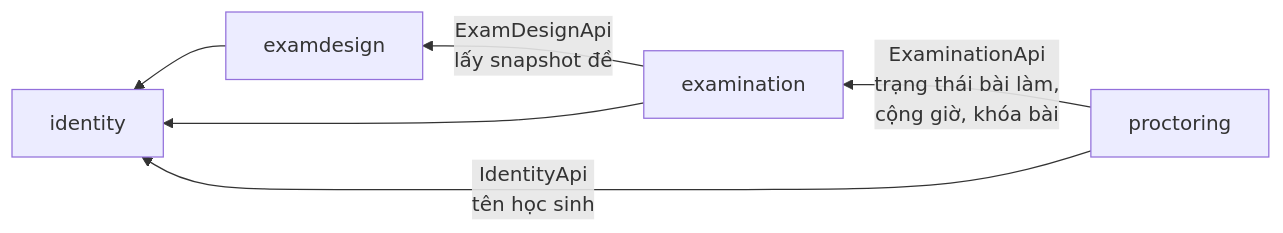
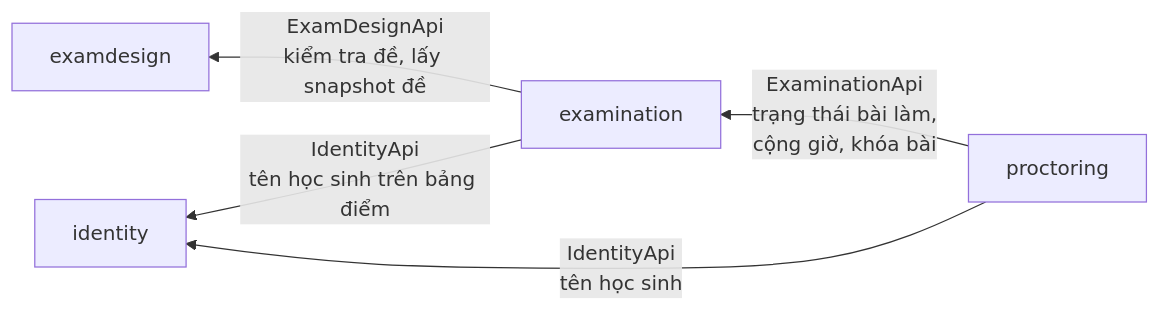
Before and after one commit to zindo511/Exam-Practice: the first of 2 diagrams in README.md, drawn with Mermaid. The commit also changed other lines of this file and 2 other files, not shown here.

````diff
--- a/README.md
+++ b/README.md
@@ -199,8 +182,7 @@
 ```mermaid
 flowchart RL
     PR["proctoring"] -->|"ExaminationApi<br/>trạng thái bài làm,<br/>cộng giờ, khóa bài"| EX["examination"]
-    EX -->|"ExamDesignApi<br/>lấy snapshot đề"| ED["examdesign"]
-    ED --> ID["identity"]
-    EX --> ID
+    EX -->|"ExamDesignApi<br/>kiểm tra đề, lấy snapshot đề"| ED["examdesign"]
+    EX -->|"IdentityApi<br/>tên học sinh trên bảng điểm"| ID["identity"]
     PR -->|"IdentityApi<br/>tên học sinh"| ID
 ```
````
